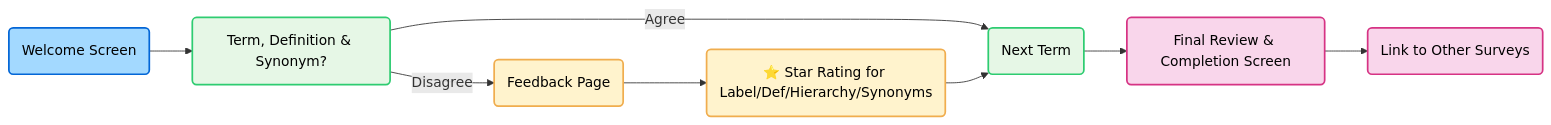
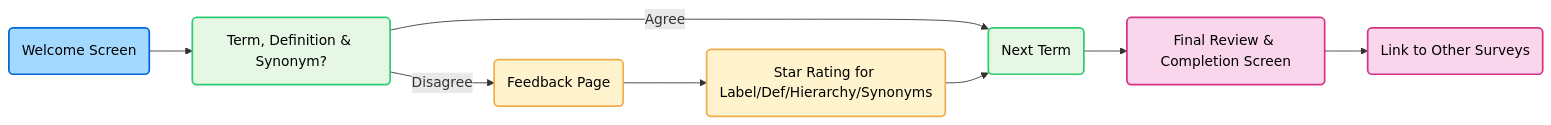
The diagram in README.md (prechter-data-team/ON-MIND), drawn with Mermaid before and after one commit. The commit also changed other lines of this file, not shown here.

````diff
--- a/README.md
+++ b/README.md
@@ -19,23 +19,23 @@
 ```mermaid
 flowchart LR
     A(Welcome Screen):::start
     B(Term, Definition & Synonym?):::normal
     C(Next Term):::normal
     D(Feedback Page):::feedback
-    E(⭐ Star Rating for Label/Def/Hierarchy/Synonyms):::feedback
+    E(Star Rating for Label/Def/Hierarchy/Synonyms):::feedback
     F(Final Review & Completion Screen):::finish
     G(Link to Other Surveys):::finish
 
     A --> B
     B -->|Agree| C
     B -->|Disagree| D
     D --> E
     E --> C
     C --> F
     F --> G
 
     classDef start fill:#a3d9ff,stroke:#0366d6,stroke-width:2px,color:#000;
     classDef normal fill:#e6f7e6,stroke:#2ecc71,stroke-width:2px,color:#000;
     classDef feedback fill:#fff3cd,stroke:#f0ad4e,stroke-width:2px,color:#000;
     classDef finish fill:#f9d6eb,stroke:#d63384,stroke-width:2px,color:#000;
 ```
````
